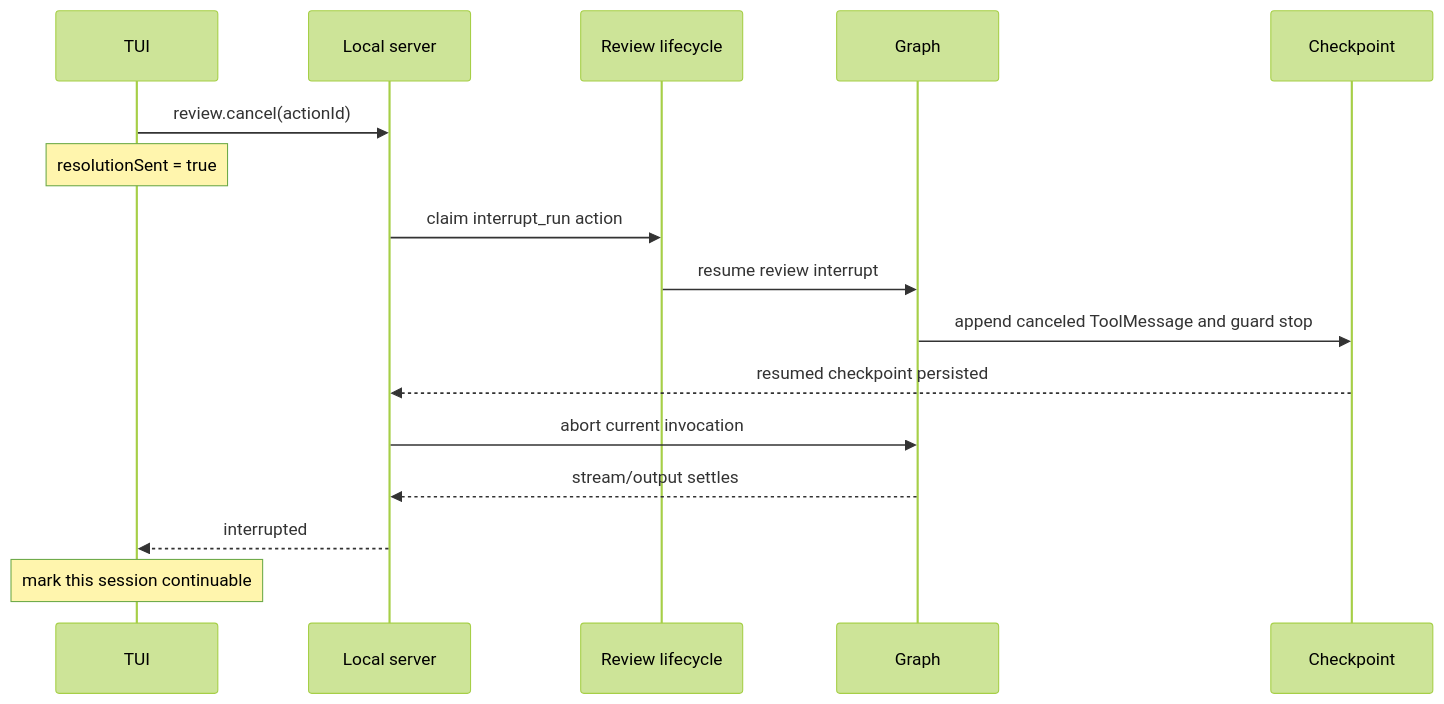
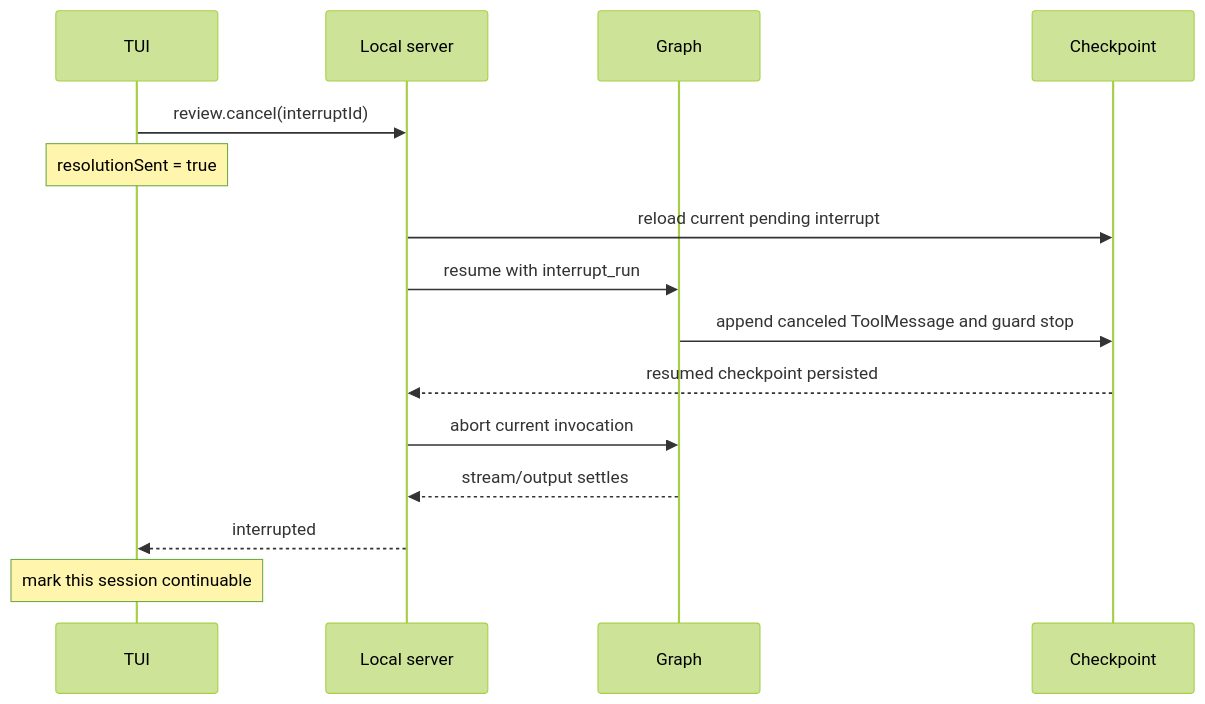
One commit to pinpawo/pinpawo-agent changed the second of 3 diagrams in docs/wiki/interruption-and-delegation-continuation.md. Above: the diagram before and after it, drawn with Mermaid (forest theme). The commit also changed other lines of this file and 63 other files, not shown here.

Commit message:
refactor(review): make pending interrupt checkpoint-authoritative

````diff
--- a/docs/wiki/interruption-and-delegation-continuation.md
+++ b/docs/wiki/interruption-and-delegation-continuation.md
@@ -110,19 +113,18 @@
 ```mermaid
 sequenceDiagram
     participant TUI
     participant Server as Local server
-    participant Review as Review lifecycle
     participant Graph
     participant Checkpoint
 
-    TUI->>Server: review.cancel(actionId)
+    TUI->>Server: review.cancel(interruptId)
     Note over TUI: resolutionSent = true
-    Server->>Review: claim interrupt_run action
-    Review->>Graph: resume review interrupt
+    Server->>Checkpoint: reload current pending interrupt
+    Server->>Graph: resume with interrupt_run
     Graph->>Checkpoint: append canceled ToolMessage and guard stop
     Checkpoint-->>Server: resumed checkpoint persisted
     Server->>Graph: abort current invocation
     Graph-->>Server: stream/output settles
     Server-->>TUI: interrupted
     Note over TUI: mark this session continuable
 ```
````
